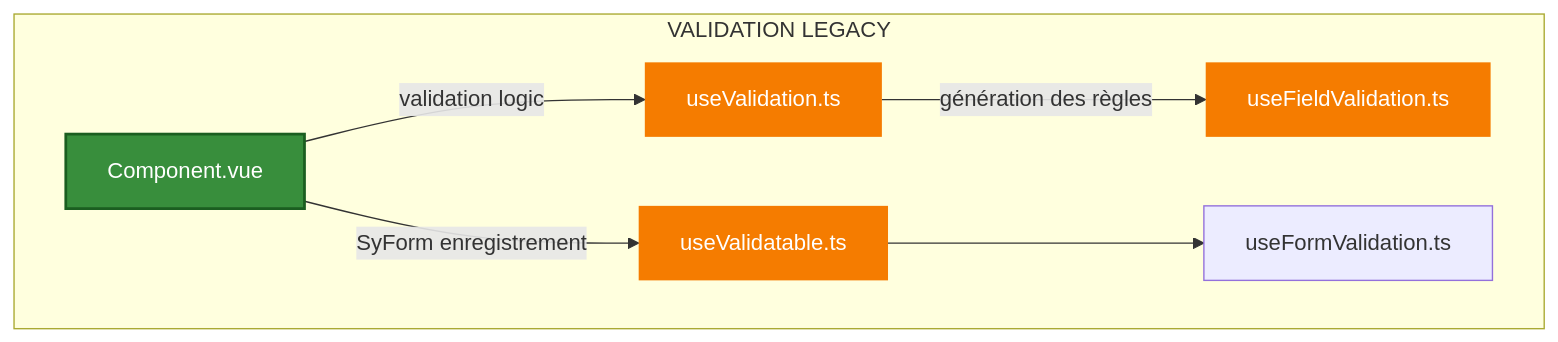
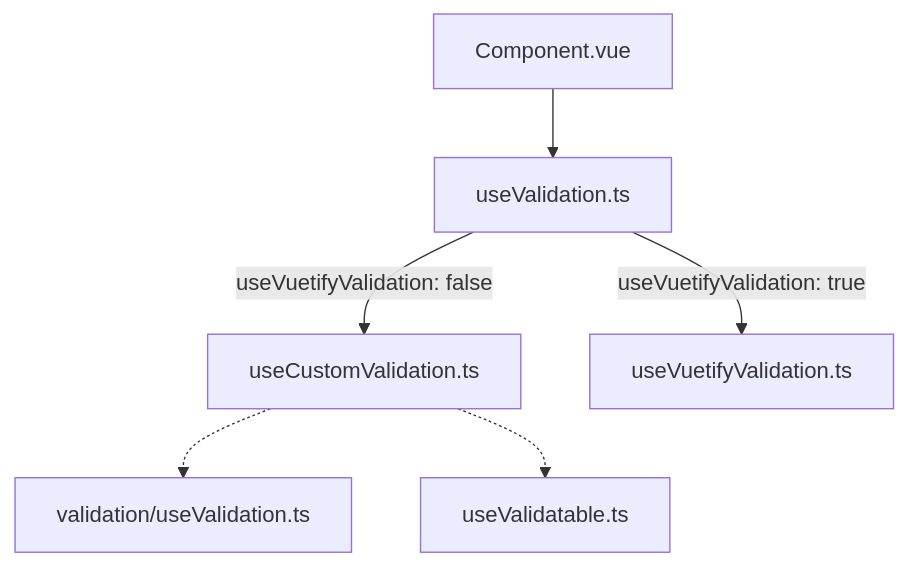
One commit to assurance-maladie-digital/design-system-v3 changed the diagram in doc/Validation/validation-overview.md. Above: the diagram before and after it, drawn with Mermaid. The commit also changed other lines of this file and 18 other files, not shown here.

````diff
--- a/doc/Validation/validation-overview.md
+++ b/doc/Validation/validation-overview.md
@@ -92,20 +30,15 @@
 ```mermaid
 flowchart TB
-    subgraph Legacy["VALIDATION LEGACY"]
-        Entry["Component.vue"]
-        useValidation["useValidation.ts"]
-        useFieldValidation["useFieldValidation.ts"]
-        useValidatable["useValidatable.ts"]
-        useFormValidation["useFormValidation.ts"]
-    end
+    Entry["Component.vue"]
+    Unified["useValidation.ts"]
+    Custom["useCustomValidation.ts"]
+    Vuetify["useVuetifyValidation.ts"]
+    Legacy["validation/useValidation.ts"]
+    Validatable["useValidatable.ts"]
 
-    Entry -->|validation logic|useValidation
-    useValidation -->|génération des règles| useFieldValidation
-    Entry -->|SyForm enregistrement| useValidatable
-    useValidatable --> useFormValidation
-
-    style Entry fill:#388e3c,color:#fff,stroke:#1b5e20,stroke-width:2px
-    style useValidation fill:#f57c00,color:#fff,stroke:#e65100,stroke-width:0px
-    style useValidatable fill:#f57c00,color:#fff,stroke:#e65100,stroke-width:0px
-    style useFieldValidation fill:#f57c00,color:#fff,stroke:#e65100,stroke-width:0px
+    Entry --> Unified
+    Unified -->|useVuetifyValidation: false| Custom
+    Unified -->|useVuetifyValidation: true| Vuetify
+    Custom -.-> Legacy
+    Custom -.-> Validatable
 ```
````
